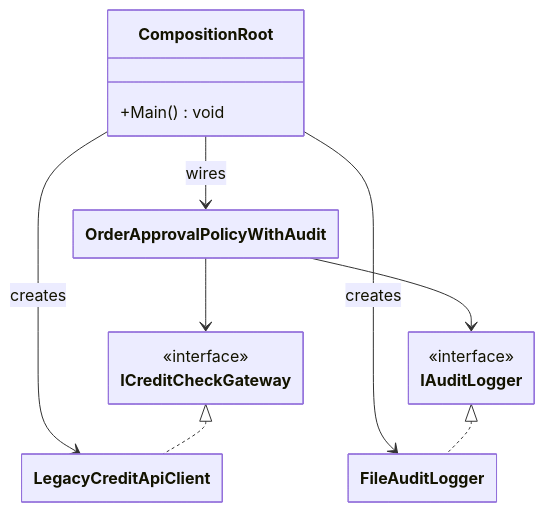
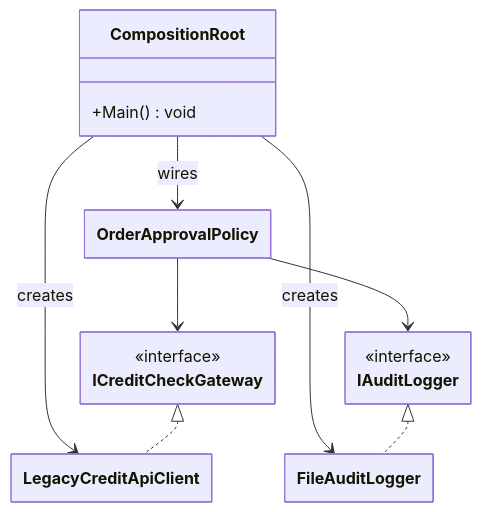
Before and after one commit to jeff-adkisson/swe-4743-spring-2026-oo-design: the eighth of 8 diagrams in presentations/09-dependency-inversion-principle.md, drawn with Mermaid. The commit also changed other lines of this file, not shown here.

````diff
--- a/presentations/09-dependency-inversion-principle.md
+++ b/presentations/09-dependency-inversion-principle.md
@@ -393,30 +426,30 @@
 ```mermaid
 ---
   config:
     class:
       hideEmptyMembersBox: true
 ---
 classDiagram
 direction TB
 
 class CompositionRoot {
   +Main() void
 }
-class OrderApprovalPolicyWithAudit
+class OrderApprovalPolicy
 class ICreditCheckGateway {
   <<interface>>
 }
 class IAuditLogger {
   <<interface>>
 }
 class LegacyCreditApiClient
 class FileAuditLogger
 
 CompositionRoot --> LegacyCreditApiClient : creates
 CompositionRoot --> FileAuditLogger : creates
-CompositionRoot --> OrderApprovalPolicyWithAudit : wires
-OrderApprovalPolicyWithAudit --> ICreditCheckGateway
-OrderApprovalPolicyWithAudit --> IAuditLogger
+CompositionRoot --> OrderApprovalPolicy : wires
+OrderApprovalPolicy --> ICreditCheckGateway
+OrderApprovalPolicy --> IAuditLogger
 ICreditCheckGateway <|.. LegacyCreditApiClient
 IAuditLogger <|.. FileAuditLogger
 ```
````
